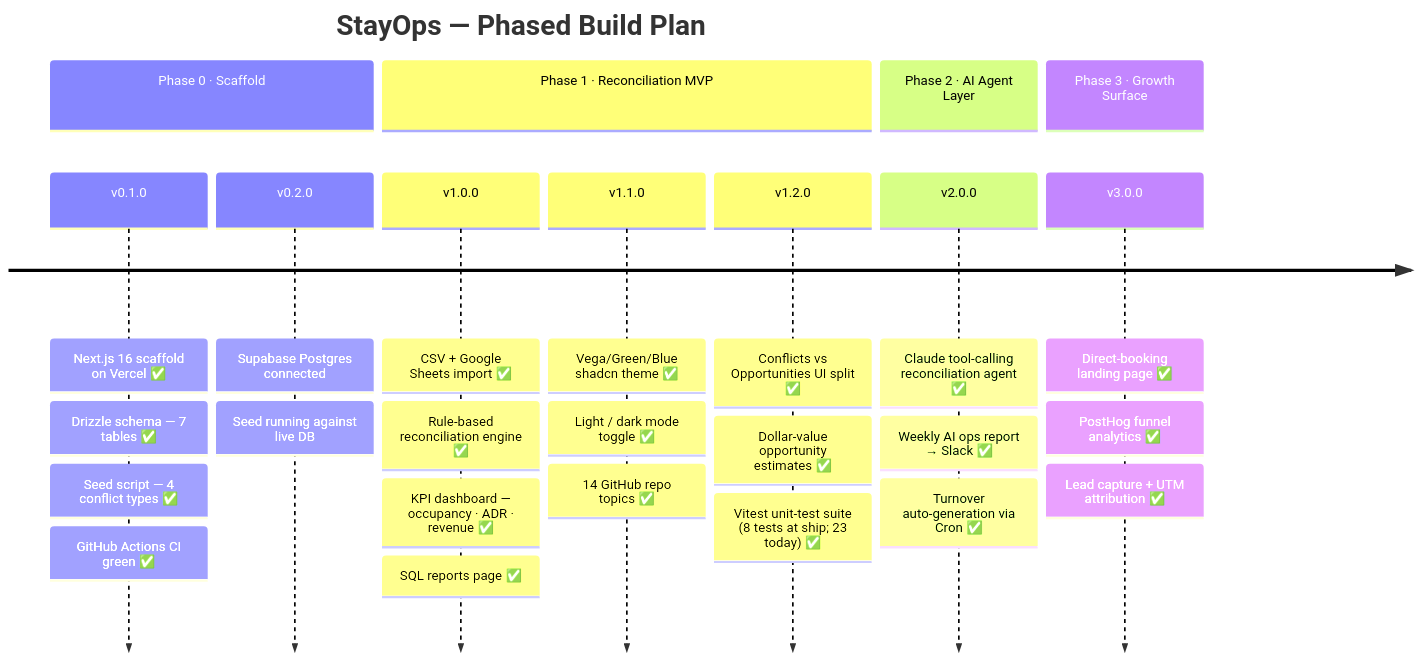
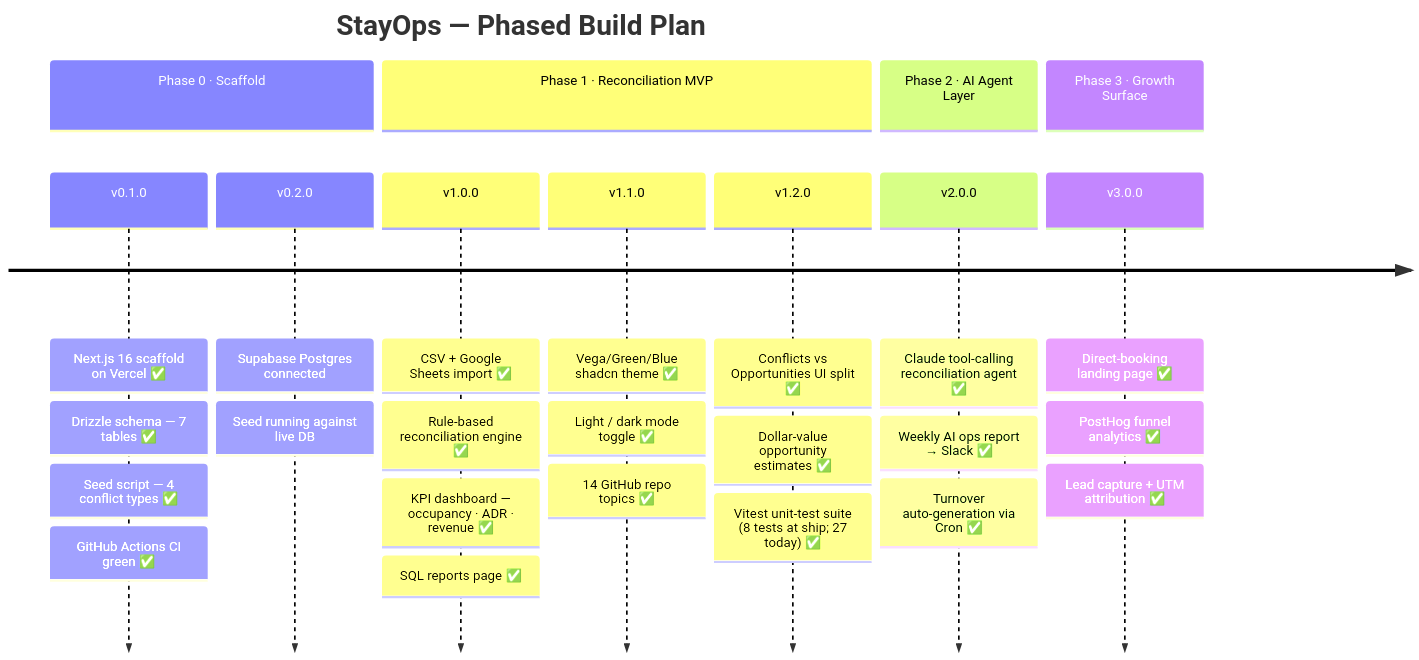
The second of 2 diagrams in README.md (deepan-mehta-analytics/stayops), drawn with Mermaid before and after one commit. The commit also changed other lines of this file, not shown here.

````diff
--- a/README.md
+++ b/README.md
@@ -510,30 +511,30 @@
 ```mermaid
 timeline
     title StayOps — Phased Build Plan
     section Phase 0 · Scaffold
         v0.1.0 : Next.js 16 scaffold on Vercel ✅
                : Drizzle schema — 7 tables ✅
                : Seed script — 4 conflict types ✅
                : GitHub Actions CI green ✅
         v0.2.0 : Supabase Postgres connected
                : Seed running against live DB
     section Phase 1 · Reconciliation MVP
         v1.0.0 : CSV + Google Sheets import ✅
                : Rule-based reconciliation engine ✅
                : KPI dashboard — occupancy · ADR · revenue ✅
                : SQL reports page ✅
         v1.1.0 : Vega/Green/Blue shadcn theme ✅
                : Light / dark mode toggle ✅
                : 14 GitHub repo topics ✅
         v1.2.0 : Conflicts vs Opportunities UI split ✅
                : Dollar-value opportunity estimates ✅
-               : Vitest unit-test suite (8 tests at ship; 23 today) ✅
+               : Vitest unit-test suite (8 tests at ship; 27 today) ✅
     section Phase 2 · AI Agent Layer
         v2.0.0 : Claude tool-calling reconciliation agent ✅
                : Weekly AI ops report → Slack ✅
                : Turnover auto-generation via Cron ✅
     section Phase 3 · Growth Surface
         v3.0.0 : Direct-booking landing page ✅
                : PostHog funnel analytics ✅
                : Lead capture + UTM attribution ✅
 ```
````
